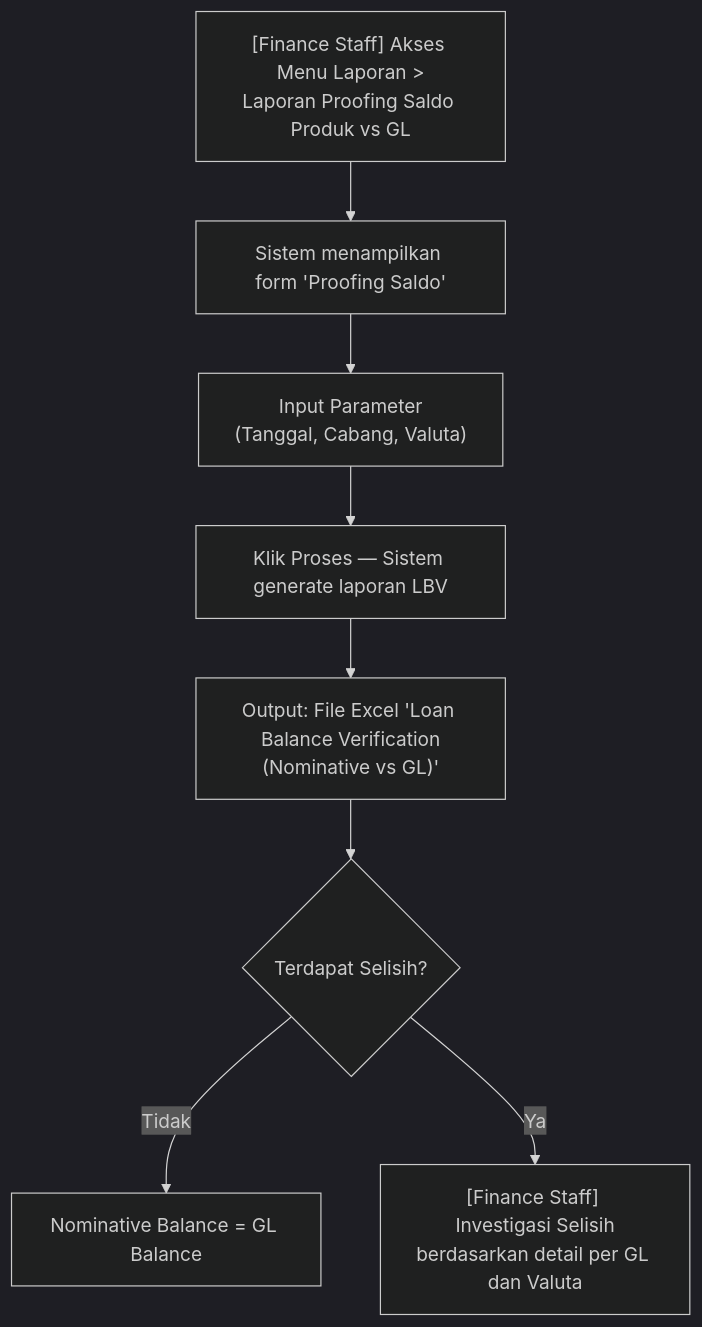
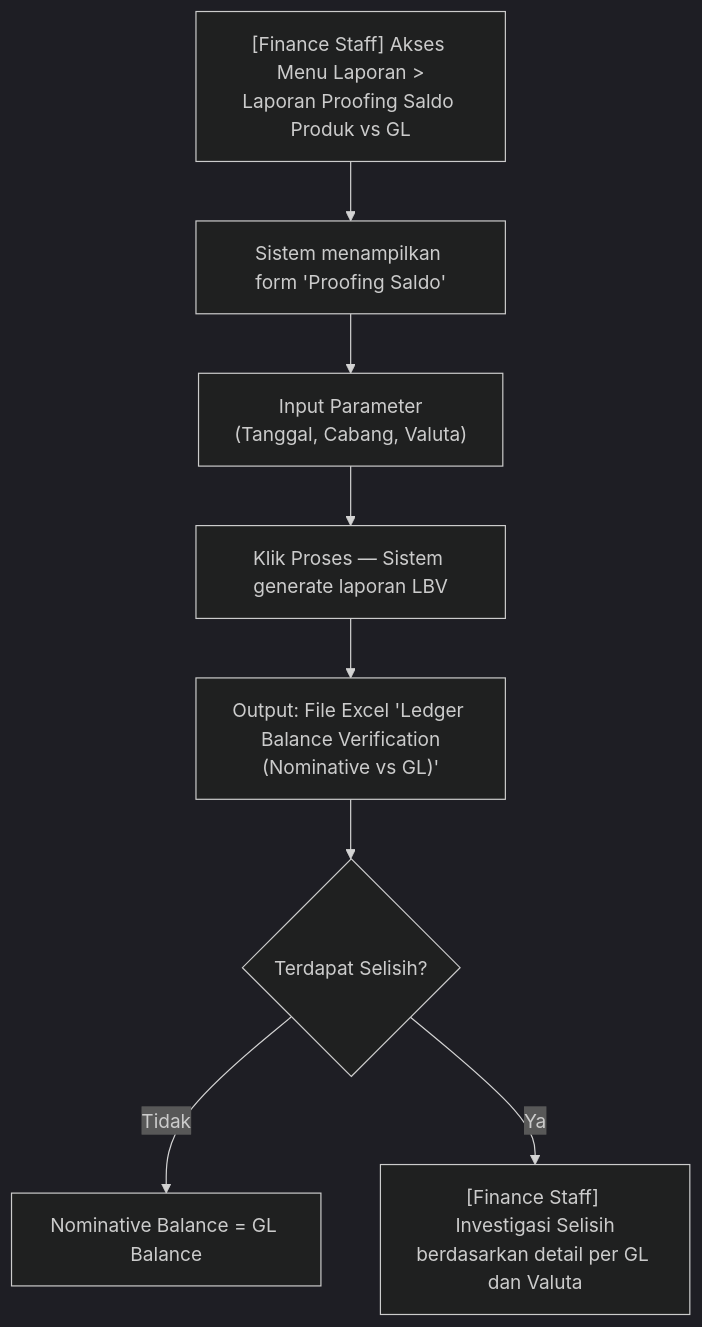
Before and after one commit to wisnu/ibank-docs: the seventh of 9 diagrams in docs/bcas/saku_valas/fsd_sakuvalas.md, drawn with Mermaid (dark theme). The commit also changed other lines of this file, not shown here.

Commit message:
docs: correct terminology from "Loan Balance Verification" to "Ledger Balance Verification" in FSD Saku Valas

````diff
--- a/docs/bcas/saku_valas/fsd_sakuvalas.md
+++ b/docs/bcas/saku_valas/fsd_sakuvalas.md
@@ -561,10 +561,10 @@
 ```mermaid
 flowchart TD
     A["[Finance Staff] Akses Menu Laporan >\nLaporan Proofing Saldo Produk vs GL"] --> B["Sistem menampilkan form 'Proofing Saldo'"]
     B --> C["Input Parameter\n(Tanggal, Cabang, Valuta)"]
     C --> D["Klik Proses — Sistem generate laporan LBV"]
-    D --> E["Output: File Excel 'Loan Balance Verification\n(Nominative vs GL)'"]
+    D --> E["Output: File Excel 'Ledger Balance Verification\n(Nominative vs GL)'"]
     E --> F{"Terdapat Selisih?"}
     F -->|Tidak| G["Nominative Balance = GL Balance"]
     F -->|Ya| H["[Finance Staff] Investigasi Selisih\nberdasarkan detail per GL dan Valuta"]
 ```
````
